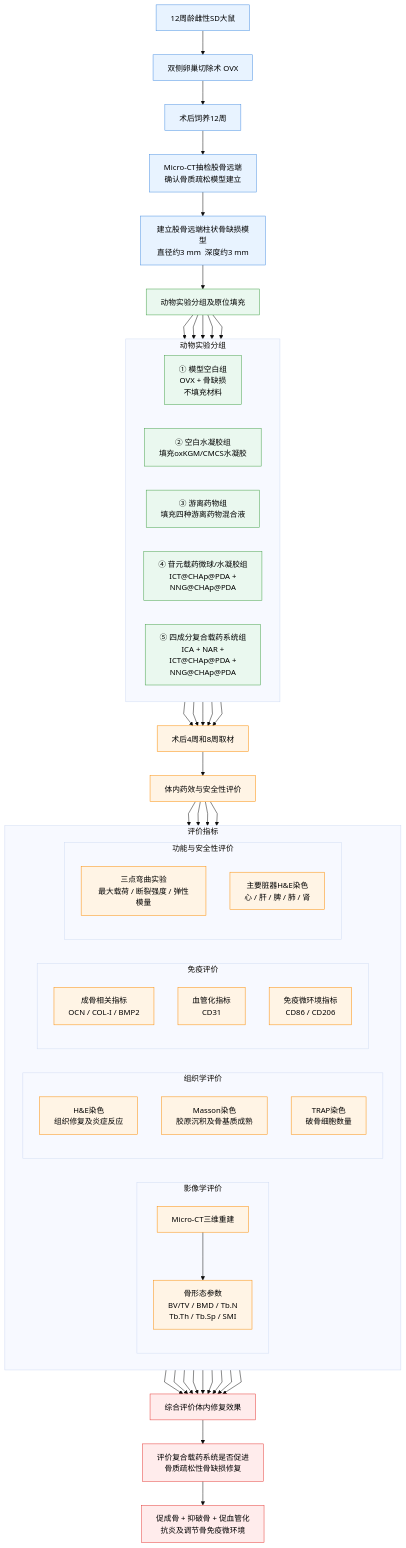
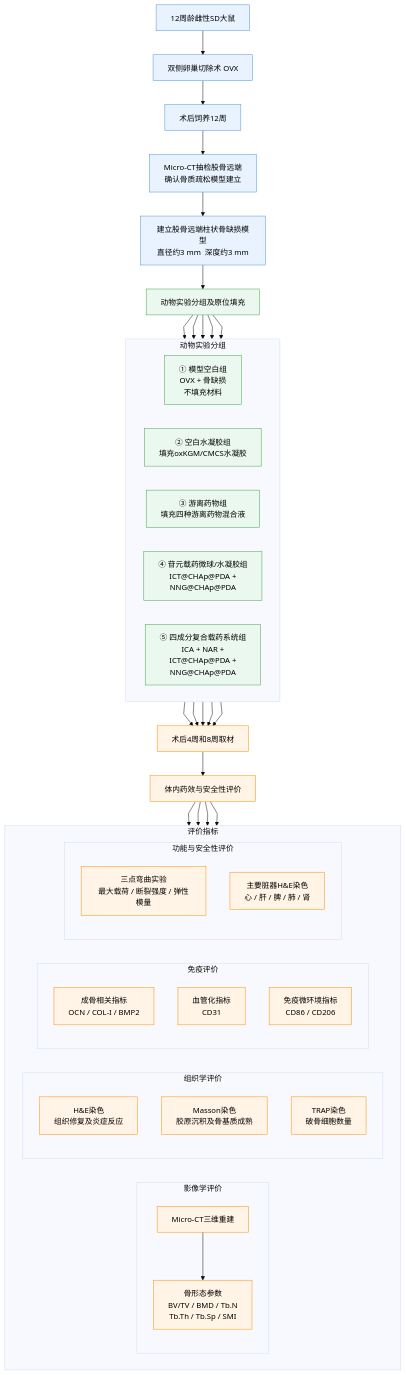
The diagram in all/未命名-3.md (Yaotian99/iodraw-files), drawn with Mermaid (base theme) before and after one commit.

Commit message:
2026-06-24 10:39:57 update

```diff
--- a/all/未命名-3.md
+++ b/all/未命名-3.md
@@ -68,18 +68,7 @@
 I --> K1
 I --> L1
 
-I2 --> M[综合评价体内修复效果]
-J1 --> M
-J2 --> M
-J3 --> M
-K1 --> M
-K2 --> M
-K3 --> M
-L1 --> M
-L2 --> M
-
-M --> N[评价复合载药系统是否促进<br/>骨质疏松性骨缺损修复]
-N --> O[促成骨 + 抑破骨 + 促血管化<br/>抗炎及调节骨免疫微环境]
+I
 
 classDef model fill:#E8F3FF,stroke:#4A90E2,stroke-width:1px,color:#000;
 classDef group fill:#EAF8EF,stroke:#43A047,stroke-width:1px,color:#000;
```
